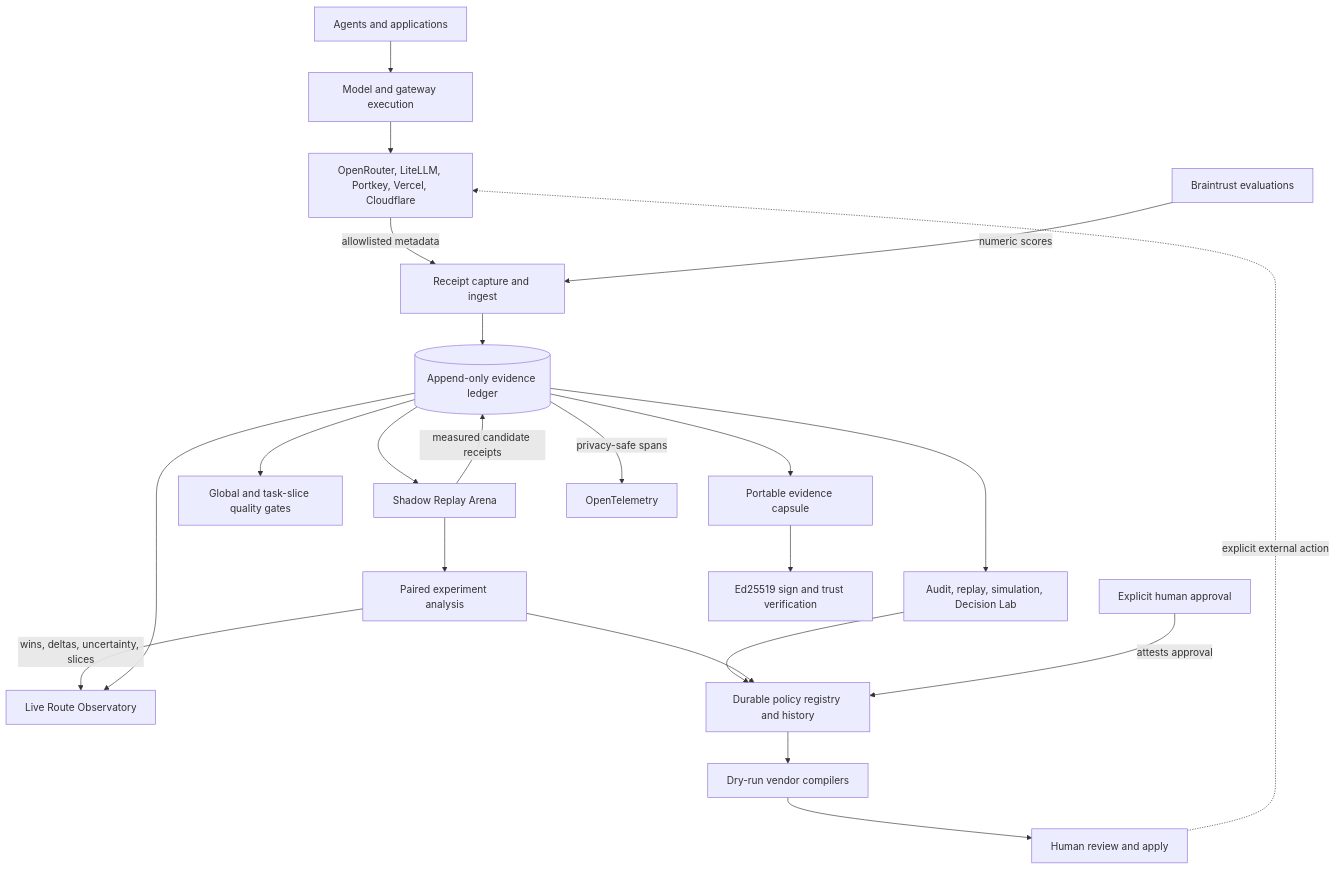
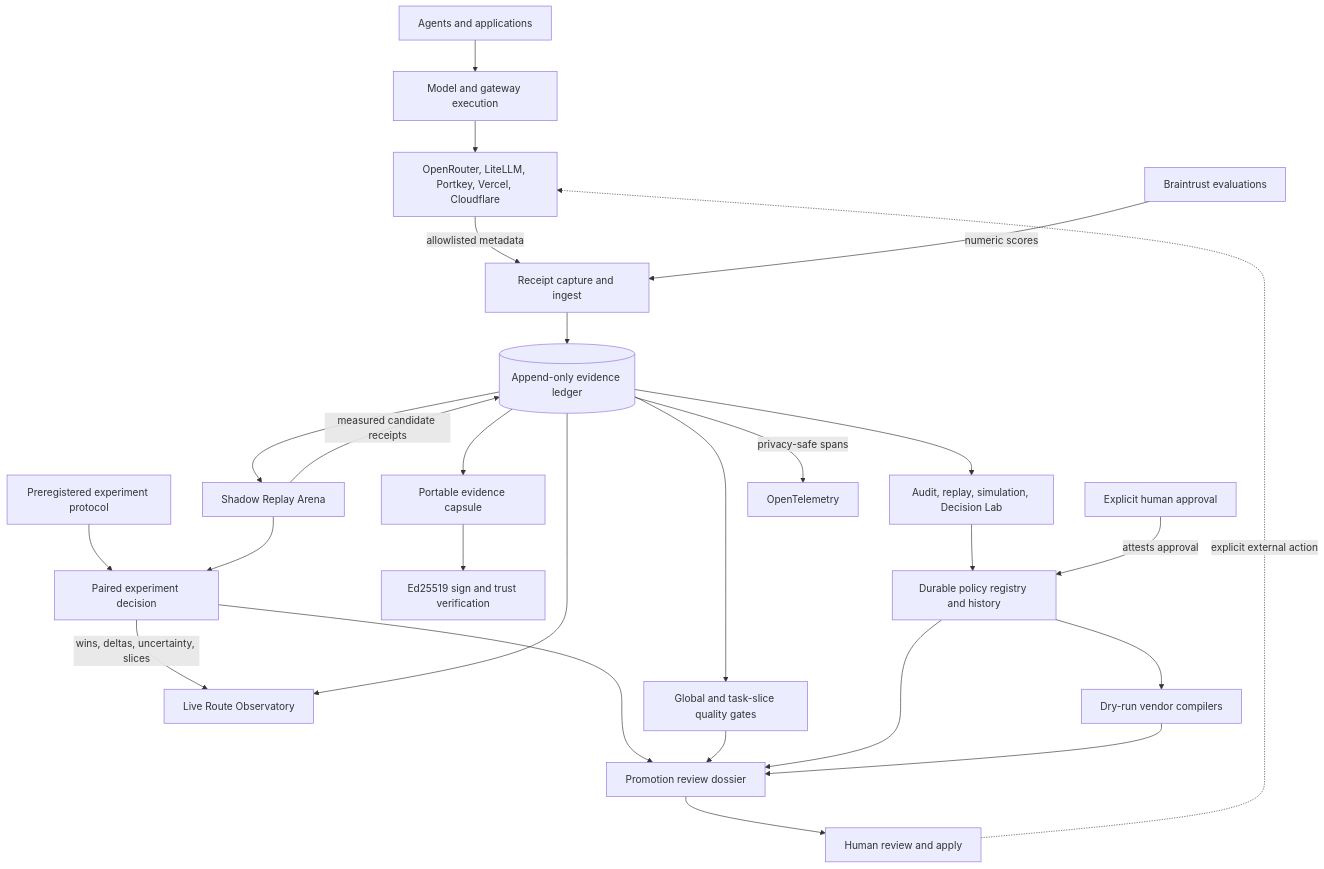
One commit to abhid1234/AgentRoute changed the diagram in docs/architecture.md. Above: the diagram before and after it, drawn with Mermaid. The commit also changed other lines of this file and 6 other files, not shown here.

````diff
--- a/docs/architecture.md
+++ b/docs/architecture.md
@@ -8,24 +8,28 @@
 ```mermaid
 flowchart TB
   APP[Agents and applications] --> EXEC[Model and gateway execution]
   EXEC --> SOURCES[OpenRouter, LiteLLM, Portkey, Vercel, Cloudflare]
   SOURCES -->|allowlisted metadata| CAPTURE[Receipt capture and ingest]
   BRAIN[Braintrust evaluations] -->|numeric scores| CAPTURE
   CAPTURE --> LEDGER[(Append-only evidence ledger)]
   LEDGER --> ANALYZE[Audit, replay, simulation, Decision Lab]
   LEDGER --> ARENA[Shadow Replay Arena]
   ARENA -->|measured candidate receipts| LEDGER
-  ARENA --> EXPERIMENT[Paired experiment analysis]
+  PROTOCOL[Preregistered experiment protocol] --> EXPERIMENT[Paired experiment decision]
+  ARENA --> EXPERIMENT
   EXPERIMENT -->|wins, deltas, uncertainty, slices| OBS[Live Route Observatory]
   LEDGER --> OBS
   LEDGER --> GATE[Global and task-slice quality gates]
   LEDGER --> CAPSULE[Portable evidence capsule]
   CAPSULE --> SIGN[Ed25519 sign and trust verification]
   ANALYZE --> POLICY[Durable policy registry and history]
-  EXPERIMENT --> POLICY
   HUMAN[Explicit human approval] -->|attests approval| POLICY
   POLICY --> COMPILE[Dry-run vendor compilers]
-  COMPILE --> REVIEW[Human review and apply]
+  EXPERIMENT --> DOSSIER[Promotion review dossier]
+  GATE --> DOSSIER
+  POLICY --> DOSSIER
+  COMPILE --> DOSSIER
+  DOSSIER --> REVIEW[Human review and apply]
   REVIEW -. explicit external action .-> SOURCES
   LEDGER -->|privacy-safe spans| OTEL[OpenTelemetry]
 ```
````
